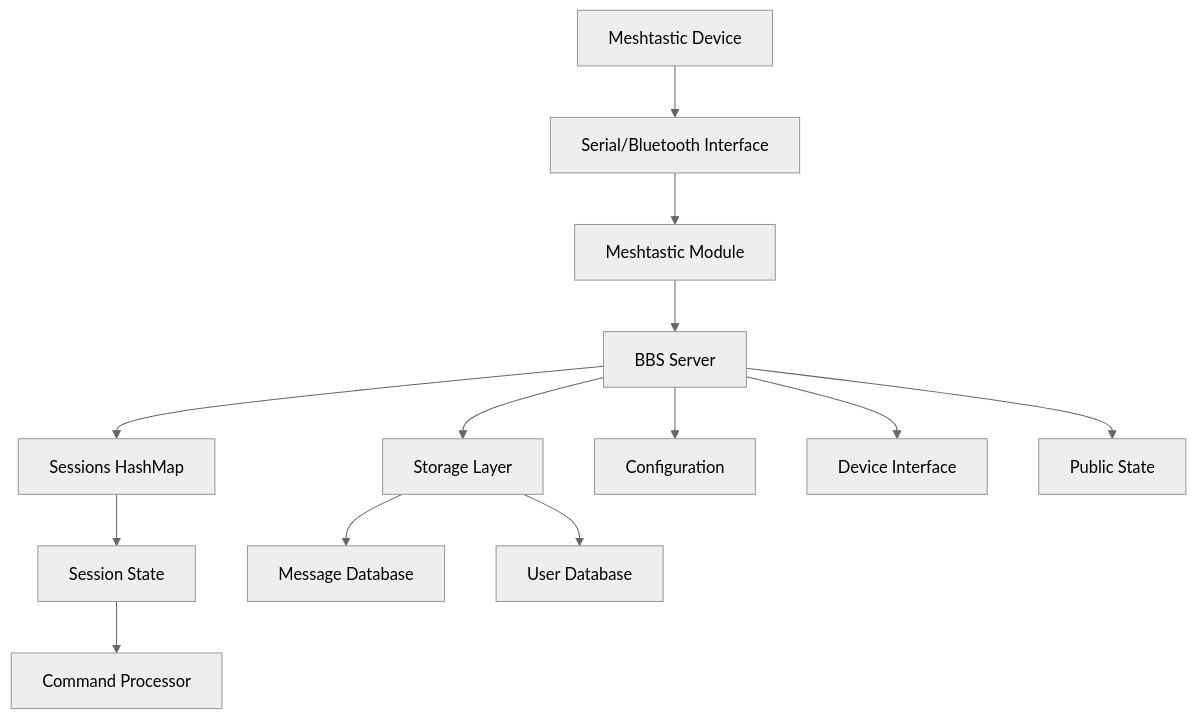
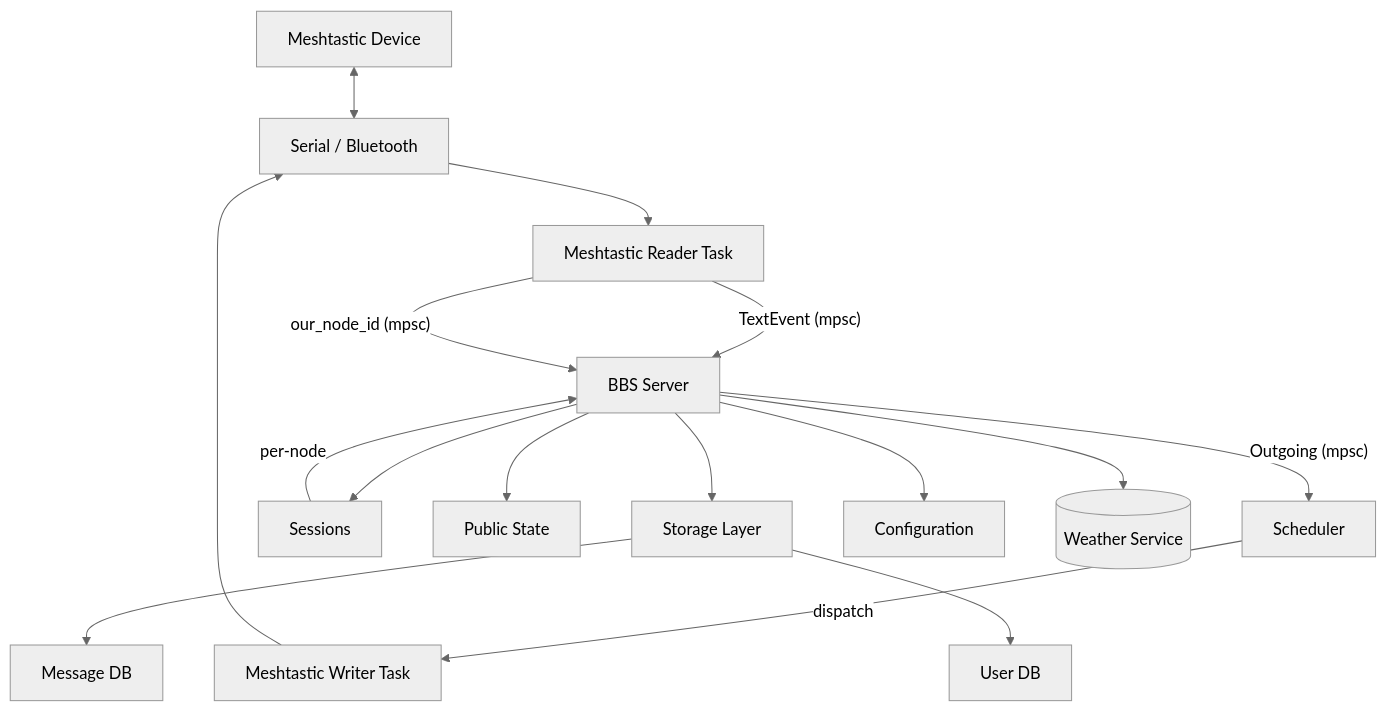
One commit to smartyhall/meshbbs changed the diagram in README.md. Above: the diagram before and after it, drawn with Mermaid (neutral theme).

Commit message:
docs(README): update architecture diagram to reflect reader/writer split, scheduler, and channels

````diff
--- a/README.md
+++ b/README.md
@@ -370,15 +370,38 @@
 ```mermaid
-graph TD
-    A[Meshtastic Device] --> B[Serial/Bluetooth Interface]
-    B --> C[Meshtastic Module]
-    C --> D[BBS Server]
-    D --> E[Sessions HashMap]
-    E --> F[Session State]
-    F --> G[Command Processor]
-    D --> H[Storage Layer]
-    H --> I[Message Database]
-    H --> J[User Database]
-    D --> K[Configuration]
-    D --> L[Device Interface]
-    D --> M[Public State]
+flowchart TD
+   M[Meshtastic Device]
+   SIO[Serial / Bluetooth]
+   R[Meshtastic Reader Task]
+   W[Meshtastic Writer Task]
+   SV[BBS Server]
+   SCH[Scheduler]
+   SESS[Sessions]
+   PST[Public State]
+   STOR[Storage Layer]
+   MSGDB[Message DB]
+   USERDB[User DB]
+   CFG[Configuration]
+   WX[(Weather Service)]
+
+   M <--> SIO
+   SIO --> R
+   W --> SIO
+
+   %% Event ingress from radio
+   R -- TextEvent (mpsc) --> SV
+   R -- our_node_id (mpsc) --> SV
+
+   %% Outgoing path via scheduler/ writer
+   SV -- Outgoing (mpsc) --> SCH
+   SCH -- dispatch --> W
+
+   %% Server subsystems
+   SV --> SESS
+   SESS -->|per-node| SV
+   SV --> PST
+   SV --> STOR
+   STOR --> MSGDB
+   STOR --> USERDB
+   SV --> CFG
+   SV --> WX
 ```
````
